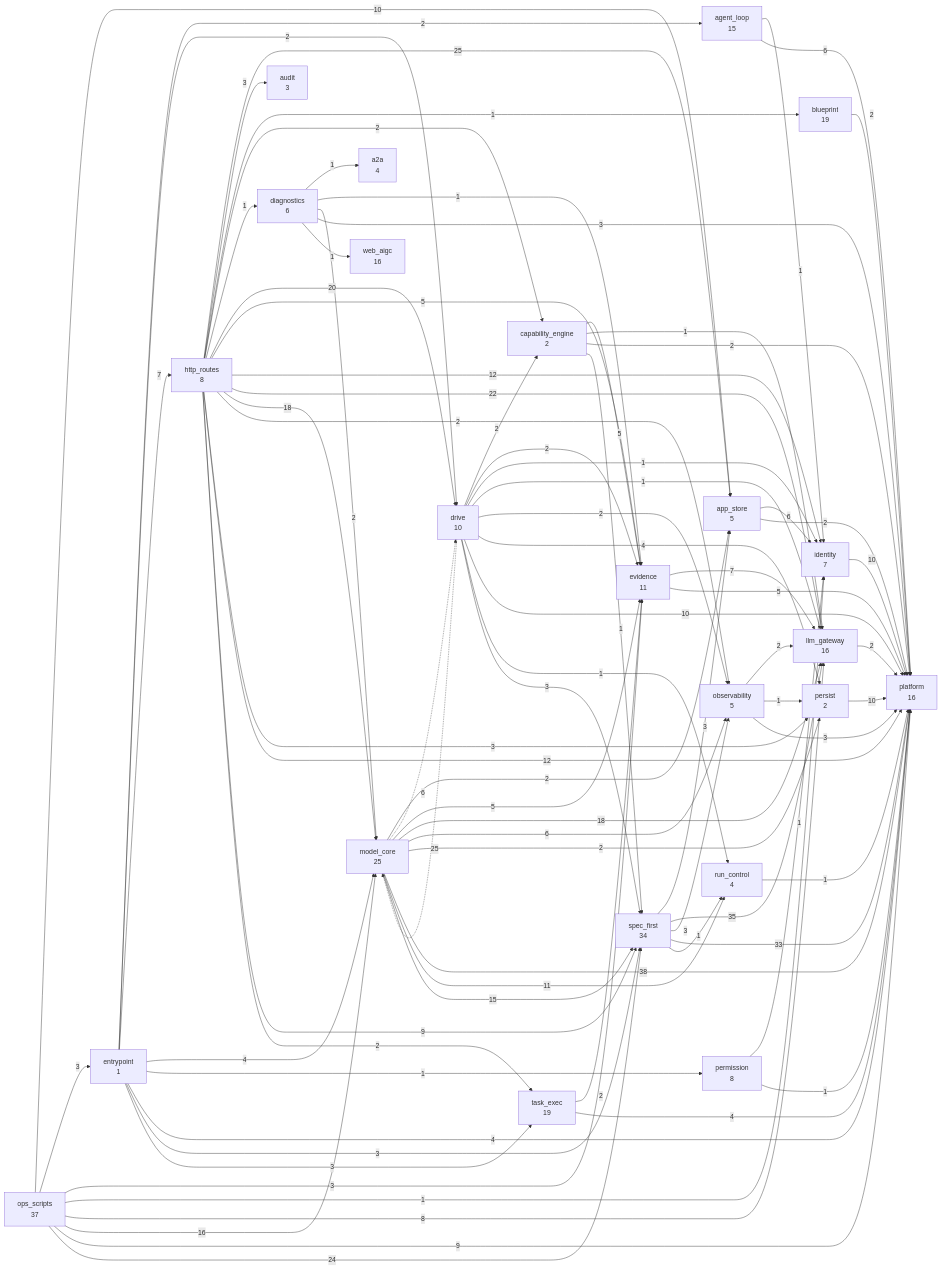
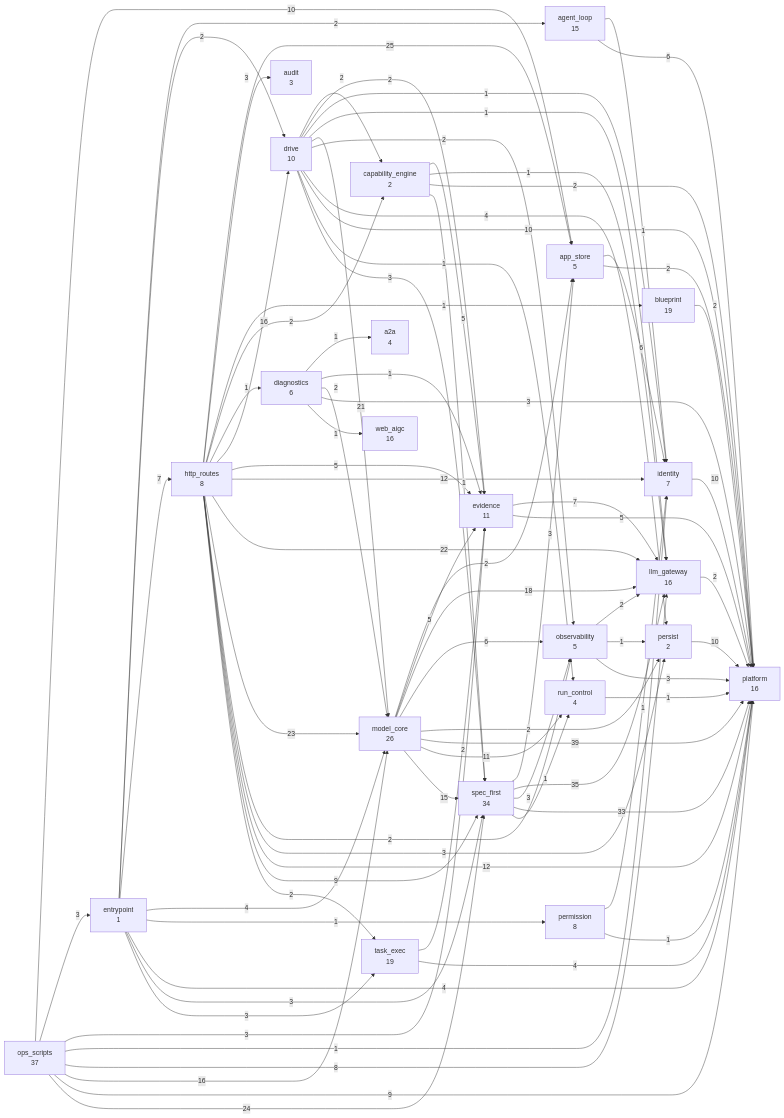
The second of 2 diagrams in docs/SlideRule V6.2 架构图（自动生成）.md (2686521696/WhyBuddy), drawn with Mermaid before and after one commit. The commit also changed other lines of this file and 12 other files, not shown here.

```diff
--- a/docs/SlideRule V6.2 架构图（自动生成）.md
+++ b/docs/SlideRule V6.2 架构图（自动生成）.md
@@ -103,7 +103,7 @@
   http_routes["http_routes<br/>8"]
   identity["identity<br/>7"]
   llm_gateway["llm_gateway<br/>16"]
-  model_core["model_core<br/>25"]
+  model_core["model_core<br/>26"]
   observability["observability<br/>5"]
   ops_scripts["ops_scripts<br/>37"]
   permission["permission<br/>8"]
@@ -131,7 +131,7 @@
   drive -->|2| evidence
   drive -->|1| identity
   drive -->|1| llm_gateway
-  drive -.->|25| model_core
+  drive -->|21| model_core
   drive -->|2| observability
   drive -->|4| persist
   drive -->|10| platform
@@ -152,11 +152,11 @@
   http_routes -->|1| blueprint
   http_routes -->|2| capability_engine
   http_routes -->|1| diagnostics
-  http_routes -->|20| drive
+  http_routes -->|16| drive
   http_routes -->|5| evidence
   http_routes -->|12| identity
   http_routes -->|22| llm_gateway
-  http_routes -->|18| model_core
+  http_routes -->|23| model_core
   http_routes -->|2| observability
   http_routes -->|3| persist
   http_routes -->|12| platform
@@ -165,12 +165,11 @@
   identity -->|10| platform
   llm_gateway -->|2| platform
   model_core -->|2| app_store
-  model_core -.->|6| drive
   model_core -->|5| evidence
   model_core -->|18| llm_gateway
   model_core -->|6| observability
   model_core -->|2| persist
-  model_core -->|38| platform
+  model_core -->|39| platform
   model_core -->|11| run_control
   model_core -->|15| spec_first
   observability -->|2| llm_gateway
```
